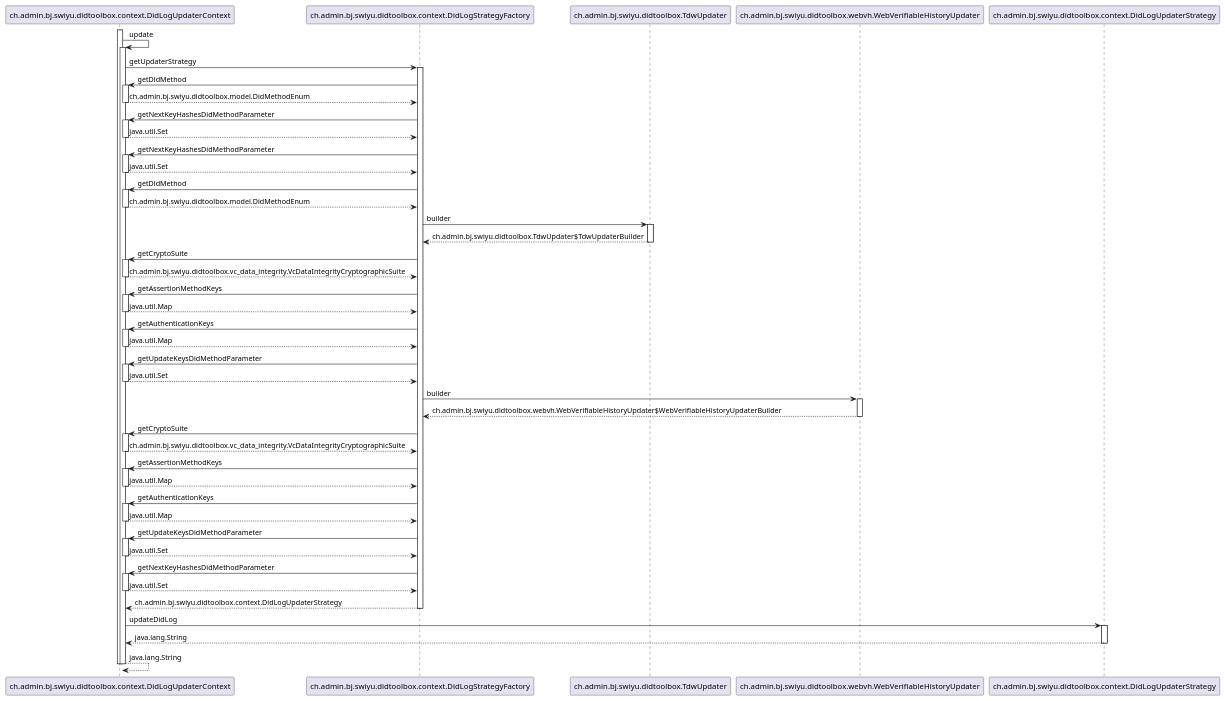
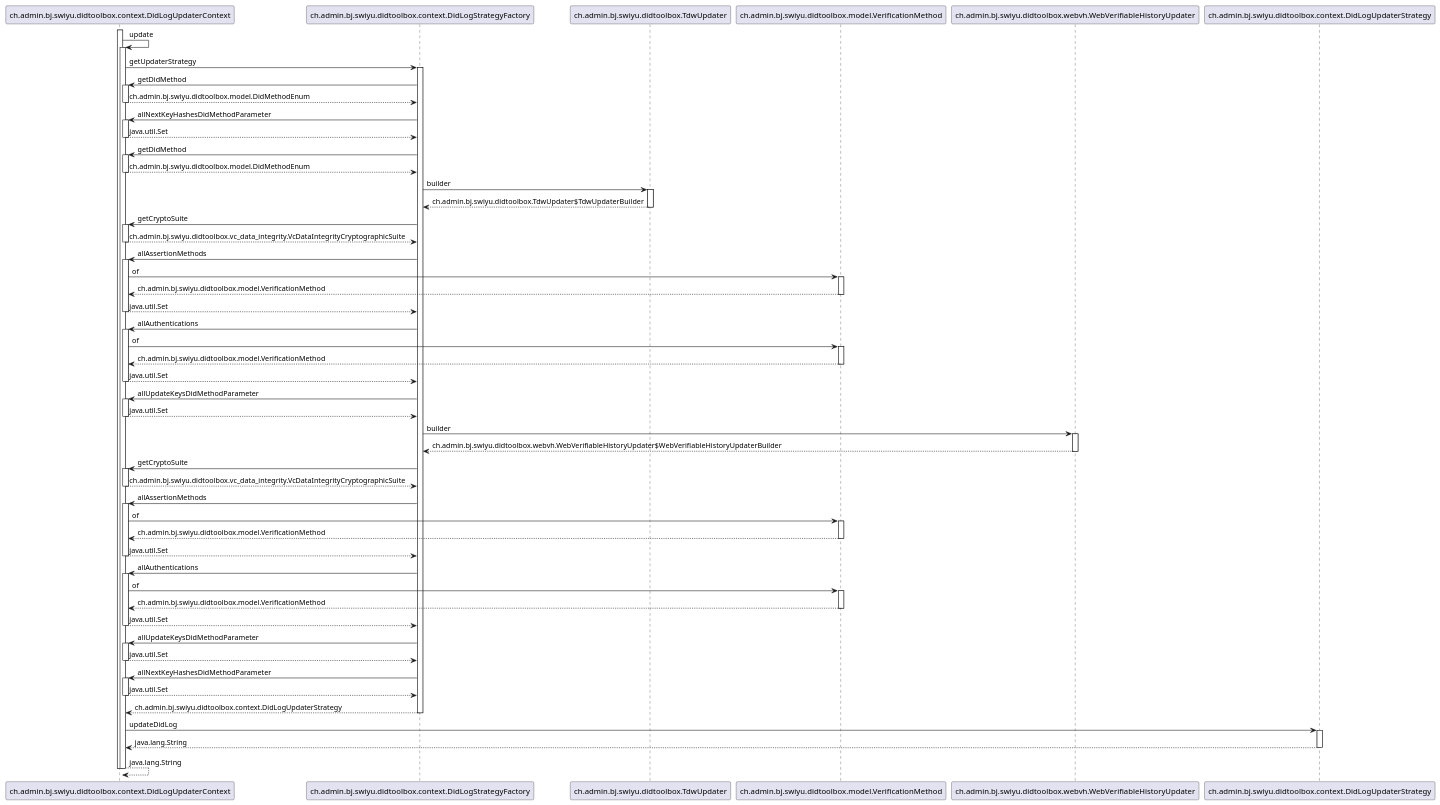
Before and after one commit to swiyu-admin-ch/didtoolbox-java: the diagram in src/main/plantuml/DidLogUpdaterContext-update.puml, drawn with PlantUML. The commit also changed 12 other files, not shown here.

Commit message:
EIDOMNI-708: Further unit tests added. PlantUML diagrams updated

```diff
--- a/src/main/plantuml/DidLogUpdaterContext-update.puml
+++ b/src/main/plantuml/DidLogUpdaterContext-update.puml
@@ -2,84 +2,97 @@
 @startuml
 
 participant ch.admin.bj.swiyu.didtoolbox.context.DidLogUpdaterContext
 participant ch.admin.bj.swiyu.didtoolbox.context.DidLogStrategyFactory
 participant ch.admin.bj.swiyu.didtoolbox.TdwUpdater
+participant ch.admin.bj.swiyu.didtoolbox.model.VerificationMethod
 participant ch.admin.bj.swiyu.didtoolbox.webvh.WebVerifiableHistoryUpdater
 participant ch.admin.bj.swiyu.didtoolbox.context.DidLogUpdaterStrategy
 
 activate ch.admin.bj.swiyu.didtoolbox.context.DidLogUpdaterContext
 	ch.admin.bj.swiyu.didtoolbox.context.DidLogUpdaterContext -> ch.admin.bj.swiyu.didtoolbox.context.DidLogUpdaterContext : update
 	activate ch.admin.bj.swiyu.didtoolbox.context.DidLogUpdaterContext
 		ch.admin.bj.swiyu.didtoolbox.context.DidLogUpdaterContext -> ch.admin.bj.swiyu.didtoolbox.context.DidLogStrategyFactory : getUpdaterStrategy
 		activate ch.admin.bj.swiyu.didtoolbox.context.DidLogStrategyFactory
 			ch.admin.bj.swiyu.didtoolbox.context.DidLogStrategyFactory -> ch.admin.bj.swiyu.didtoolbox.context.DidLogUpdaterContext : getDidMethod
 			activate ch.admin.bj.swiyu.didtoolbox.context.DidLogUpdaterContext
 				ch.admin.bj.swiyu.didtoolbox.context.DidLogUpdaterContext --> ch.admin.bj.swiyu.didtoolbox.context.DidLogStrategyFactory : ch.admin.bj.swiyu.didtoolbox.model.DidMethodEnum
 			deactivate ch.admin.bj.swiyu.didtoolbox.context.DidLogUpdaterContext
-			ch.admin.bj.swiyu.didtoolbox.context.DidLogStrategyFactory -> ch.admin.bj.swiyu.didtoolbox.context.DidLogUpdaterContext : getNextKeyHashesDidMethodParameter
-			activate ch.admin.bj.swiyu.didtoolbox.context.DidLogUpdaterContext
-				ch.admin.bj.swiyu.didtoolbox.context.DidLogUpdaterContext --> ch.admin.bj.swiyu.didtoolbox.context.DidLogStrategyFactory : java.util.Set
-			deactivate ch.admin.bj.swiyu.didtoolbox.context.DidLogUpdaterContext
-			ch.admin.bj.swiyu.didtoolbox.context.DidLogStrategyFactory -> ch.admin.bj.swiyu.didtoolbox.context.DidLogUpdaterContext : getNextKeyHashesDidMethodParameter
+			ch.admin.bj.swiyu.didtoolbox.context.DidLogStrategyFactory -> ch.admin.bj.swiyu.didtoolbox.context.DidLogUpdaterContext : allNextKeyHashesDidMethodParameter
 			activate ch.admin.bj.swiyu.didtoolbox.context.DidLogUpdaterContext
 				ch.admin.bj.swiyu.didtoolbox.context.DidLogUpdaterContext --> ch.admin.bj.swiyu.didtoolbox.context.DidLogStrategyFactory : java.util.Set
 			deactivate ch.admin.bj.swiyu.didtoolbox.context.DidLogUpdaterContext
 			ch.admin.bj.swiyu.didtoolbox.context.DidLogStrategyFactory -> ch.admin.bj.swiyu.didtoolbox.context.DidLogUpdaterContext : getDidMethod
 			activate ch.admin.bj.swiyu.didtoolbox.context.DidLogUpdaterContext
 				ch.admin.bj.swiyu.didtoolbox.context.DidLogUpdaterContext --> ch.admin.bj.swiyu.didtoolbox.context.DidLogStrategyFactory : ch.admin.bj.swiyu.didtoolbox.model.DidMethodEnum
 			deactivate ch.admin.bj.swiyu.didtoolbox.context.DidLogUpdaterContext
 			ch.admin.bj.swiyu.didtoolbox.context.DidLogStrategyFactory -> ch.admin.bj.swiyu.didtoolbox.TdwUpdater : builder
 			activate ch.admin.bj.swiyu.didtoolbox.TdwUpdater
 				ch.admin.bj.swiyu.didtoolbox.TdwUpdater --> ch.admin.bj.swiyu.didtoolbox.context.DidLogStrategyFactory : ch.admin.bj.swiyu.didtoolbox.TdwUpdater$TdwUpdaterBuilder
 			deactivate ch.admin.bj.swiyu.didtoolbox.TdwUpdater
 			ch.admin.bj.swiyu.didtoolbox.context.DidLogStrategyFactory -> ch.admin.bj.swiyu.didtoolbox.context.DidLogUpdaterContext : getCryptoSuite
 			activate ch.admin.bj.swiyu.didtoolbox.context.DidLogUpdaterContext
 				ch.admin.bj.swiyu.didtoolbox.context.DidLogUpdaterContext --> ch.admin.bj.swiyu.didtoolbox.context.DidLogStrategyFactory : ch.admin.bj.swiyu.didtoolbox.vc_data_integrity.VcDataIntegrityCryptographicSuite
 			deactivate ch.admin.bj.swiyu.didtoolbox.context.DidLogUpdaterContext
-			ch.admin.bj.swiyu.didtoolbox.context.DidLogStrategyFactory -> ch.admin.bj.swiyu.didtoolbox.context.DidLogUpdaterContext : getAssertionMethodKeys
+			ch.admin.bj.swiyu.didtoolbox.context.DidLogStrategyFactory -> ch.admin.bj.swiyu.didtoolbox.context.DidLogUpdaterContext : allAssertionMethods
 			activate ch.admin.bj.swiyu.didtoolbox.context.DidLogUpdaterContext
-				ch.admin.bj.swiyu.didtoolbox.context.DidLogUpdaterContext --> ch.admin.bj.swiyu.didtoolbox.context.DidLogStrategyFactory : java.util.Map
+				ch.admin.bj.swiyu.didtoolbox.context.DidLogUpdaterContext -> ch.admin.bj.swiyu.didtoolbox.model.VerificationMethod : of
+				activate ch.admin.bj.swiyu.didtoolbox.model.VerificationMethod
+					ch.admin.bj.swiyu.didtoolbox.model.VerificationMethod --> ch.admin.bj.swiyu.didtoolbox.context.DidLogUpdaterContext : ch.admin.bj.swiyu.didtoolbox.model.VerificationMethod
+				deactivate ch.admin.bj.swiyu.didtoolbox.model.VerificationMethod
+				ch.admin.bj.swiyu.didtoolbox.context.DidLogUpdaterContext --> ch.admin.bj.swiyu.didtoolbox.context.DidLogStrategyFactory : java.util.Set
 			deactivate ch.admin.bj.swiyu.didtoolbox.context.DidLogUpdaterContext
-			ch.admin.bj.swiyu.didtoolbox.context.DidLogStrategyFactory -> ch.admin.bj.swiyu.didtoolbox.context.DidLogUpdaterContext : getAuthenticationKeys
+			ch.admin.bj.swiyu.didtoolbox.context.DidLogStrategyFactory -> ch.admin.bj.swiyu.didtoolbox.context.DidLogUpdaterContext : allAuthentications
 			activate ch.admin.bj.swiyu.didtoolbox.context.DidLogUpdaterContext
-				ch.admin.bj.swiyu.didtoolbox.context.DidLogUpdaterContext --> ch.admin.bj.swiyu.didtoolbox.context.DidLogStrategyFactory : java.util.Map
+				ch.admin.bj.swiyu.didtoolbox.context.DidLogUpdaterContext -> ch.admin.bj.swiyu.didtoolbox.model.VerificationMethod : of
+				activate ch.admin.bj.swiyu.didtoolbox.model.VerificationMethod
+					ch.admin.bj.swiyu.didtoolbox.model.VerificationMethod --> ch.admin.bj.swiyu.didtoolbox.context.DidLogUpdaterContext : ch.admin.bj.swiyu.didtoolbox.model.VerificationMethod
+				deactivate ch.admin.bj.swiyu.didtoolbox.model.VerificationMethod
+				ch.admin.bj.swiyu.didtoolbox.context.DidLogUpdaterContext --> ch.admin.bj.swiyu.didtoolbox.context.DidLogStrategyFactory : java.util.Set
 			deactivate ch.admin.bj.swiyu.didtoolbox.context.DidLogUpdaterContext
-			ch.admin.bj.swiyu.didtoolbox.context.DidLogStrategyFactory -> ch.admin.bj.swiyu.didtoolbox.context.DidLogUpdaterContext : getUpdateKeysDidMethodParameter
+			ch.admin.bj.swiyu.didtoolbox.context.DidLogStrategyFactory -> ch.admin.bj.swiyu.didtoolbox.context.DidLogUpdaterContext : allUpdateKeysDidMethodParameter
 			activate ch.admin.bj.swiyu.didtoolbox.context.DidLogUpdaterContext
 				ch.admin.bj.swiyu.didtoolbox.context.DidLogUpdaterContext --> ch.admin.bj.swiyu.didtoolbox.context.DidLogStrategyFactory : java.util.Set
 			deactivate ch.admin.bj.swiyu.didtoolbox.context.DidLogUpdaterContext
 			ch.admin.bj.swiyu.didtoolbox.context.DidLogStrategyFactory -> ch.admin.bj.swiyu.didtoolbox.webvh.WebVerifiableHistoryUpdater : builder
 			activate ch.admin.bj.swiyu.didtoolbox.webvh.WebVerifiableHistoryUpdater
 				ch.admin.bj.swiyu.didtoolbox.webvh.WebVerifiableHistoryUpdater --> ch.admin.bj.swiyu.didtoolbox.context.DidLogStrategyFactory : ch.admin.bj.swiyu.didtoolbox.webvh.WebVerifiableHistoryUpdater$WebVerifiableHistoryUpdaterBuilder
 			deactivate ch.admin.bj.swiyu.didtoolbox.webvh.WebVerifiableHistoryUpdater
 			ch.admin.bj.swiyu.didtoolbox.context.DidLogStrategyFactory -> ch.admin.bj.swiyu.didtoolbox.context.DidLogUpdaterContext : getCryptoSuite
 			activate ch.admin.bj.swiyu.didtoolbox.context.DidLogUpdaterContext
 				ch.admin.bj.swiyu.didtoolbox.context.DidLogUpdaterContext --> ch.admin.bj.swiyu.didtoolbox.context.DidLogStrategyFactory : ch.admin.bj.swiyu.didtoolbox.vc_data_integrity.VcDataIntegrityCryptographicSuite
 			deactivate ch.admin.bj.swiyu.didtoolbox.context.DidLogUpdaterContext
-			ch.admin.bj.swiyu.didtoolbox.context.DidLogStrategyFactory -> ch.admin.bj.swiyu.didtoolbox.context.DidLogUpdaterContext : getAssertionMethodKeys
+			ch.admin.bj.swiyu.didtoolbox.context.DidLogStrategyFactory -> ch.admin.bj.swiyu.didtoolbox.context.DidLogUpdaterContext : allAssertionMethods
 			activate ch.admin.bj.swiyu.didtoolbox.context.DidLogUpdaterContext
-				ch.admin.bj.swiyu.didtoolbox.context.DidLogUpdaterContext --> ch.admin.bj.swiyu.didtoolbox.context.DidLogStrategyFactory : java.util.Map
+				ch.admin.bj.swiyu.didtoolbox.context.DidLogUpdaterContext -> ch.admin.bj.swiyu.didtoolbox.model.VerificationMethod : of
+				activate ch.admin.bj.swiyu.didtoolbox.model.VerificationMethod
+					ch.admin.bj.swiyu.didtoolbox.model.VerificationMethod --> ch.admin.bj.swiyu.didtoolbox.context.DidLogUpdaterContext : ch.admin.bj.swiyu.didtoolbox.model.VerificationMethod
+				deactivate ch.admin.bj.swiyu.didtoolbox.model.VerificationMethod
+				ch.admin.bj.swiyu.didtoolbox.context.DidLogUpdaterContext --> ch.admin.bj.swiyu.didtoolbox.context.DidLogStrategyFactory : java.util.Set
 			deactivate ch.admin.bj.swiyu.didtoolbox.context.DidLogUpdaterContext
-			ch.admin.bj.swiyu.didtoolbox.context.DidLogStrategyFactory -> ch.admin.bj.swiyu.didtoolbox.context.DidLogUpdaterContext : getAuthenticationKeys
+			ch.admin.bj.swiyu.didtoolbox.context.DidLogStrategyFactory -> ch.admin.bj.swiyu.didtoolbox.context.DidLogUpdaterContext : allAuthentications
 			activate ch.admin.bj.swiyu.didtoolbox.context.DidLogUpdaterContext
-				ch.admin.bj.swiyu.didtoolbox.context.DidLogUpdaterContext --> ch.admin.bj.swiyu.didtoolbox.context.DidLogStrategyFactory : java.util.Map
+				ch.admin.bj.swiyu.didtoolbox.context.DidLogUpdaterContext -> ch.admin.bj.swiyu.didtoolbox.model.VerificationMethod : of
+				activate ch.admin.bj.swiyu.didtoolbox.model.VerificationMethod
+					ch.admin.bj.swiyu.didtoolbox.model.VerificationMethod --> ch.admin.bj.swiyu.didtoolbox.context.DidLogUpdaterContext : ch.admin.bj.swiyu.didtoolbox.model.VerificationMethod
+				deactivate ch.admin.bj.swiyu.didtoolbox.model.VerificationMethod
+				ch.admin.bj.swiyu.didtoolbox.context.DidLogUpdaterContext --> ch.admin.bj.swiyu.didtoolbox.context.DidLogStrategyFactory : java.util.Set
 			deactivate ch.admin.bj.swiyu.didtoolbox.context.DidLogUpdaterContext
-			ch.admin.bj.swiyu.didtoolbox.context.DidLogStrategyFactory -> ch.admin.bj.swiyu.didtoolbox.context.DidLogUpdaterContext : getUpdateKeysDidMethodParameter
+			ch.admin.bj.swiyu.didtoolbox.context.DidLogStrategyFactory -> ch.admin.bj.swiyu.didtoolbox.context.DidLogUpdaterContext : allUpdateKeysDidMethodParameter
 			activate ch.admin.bj.swiyu.didtoolbox.context.DidLogUpdaterContext
 				ch.admin.bj.swiyu.didtoolbox.context.DidLogUpdaterContext --> ch.admin.bj.swiyu.didtoolbox.context.DidLogStrategyFactory : java.util.Set
 			deactivate ch.admin.bj.swiyu.didtoolbox.context.DidLogUpdaterContext
-			ch.admin.bj.swiyu.didtoolbox.context.DidLogStrategyFactory -> ch.admin.bj.swiyu.didtoolbox.context.DidLogUpdaterContext : getNextKeyHashesDidMethodParameter
+			ch.admin.bj.swiyu.didtoolbox.context.DidLogStrategyFactory -> ch.admin.bj.swiyu.didtoolbox.context.DidLogUpdaterContext : allNextKeyHashesDidMethodParameter
 			activate ch.admin.bj.swiyu.didtoolbox.context.DidLogUpdaterContext
 				ch.admin.bj.swiyu.didtoolbox.context.DidLogUpdaterContext --> ch.admin.bj.swiyu.didtoolbox.context.DidLogStrategyFactory : java.util.Set
 			deactivate ch.admin.bj.swiyu.didtoolbox.context.DidLogUpdaterContext
 			ch.admin.bj.swiyu.didtoolbox.context.DidLogStrategyFactory --> ch.admin.bj.swiyu.didtoolbox.context.DidLogUpdaterContext : ch.admin.bj.swiyu.didtoolbox.context.DidLogUpdaterStrategy
 		deactivate ch.admin.bj.swiyu.didtoolbox.context.DidLogStrategyFactory
 		ch.admin.bj.swiyu.didtoolbox.context.DidLogUpdaterContext -> ch.admin.bj.swiyu.didtoolbox.context.DidLogUpdaterStrategy : updateDidLog
 		activate ch.admin.bj.swiyu.didtoolbox.context.DidLogUpdaterStrategy
 			ch.admin.bj.swiyu.didtoolbox.context.DidLogUpdaterStrategy --> ch.admin.bj.swiyu.didtoolbox.context.DidLogUpdaterContext : java.lang.String
 		deactivate ch.admin.bj.swiyu.didtoolbox.context.DidLogUpdaterStrategy
 		ch.admin.bj.swiyu.didtoolbox.context.DidLogUpdaterContext --> ch.admin.bj.swiyu.didtoolbox.context.DidLogUpdaterContext : java.lang.String
 	deactivate ch.admin.bj.swiyu.didtoolbox.context.DidLogUpdaterContext
 deactivate ch.admin.bj.swiyu.didtoolbox.context.DidLogUpdaterContext
 
 @enduml
```
